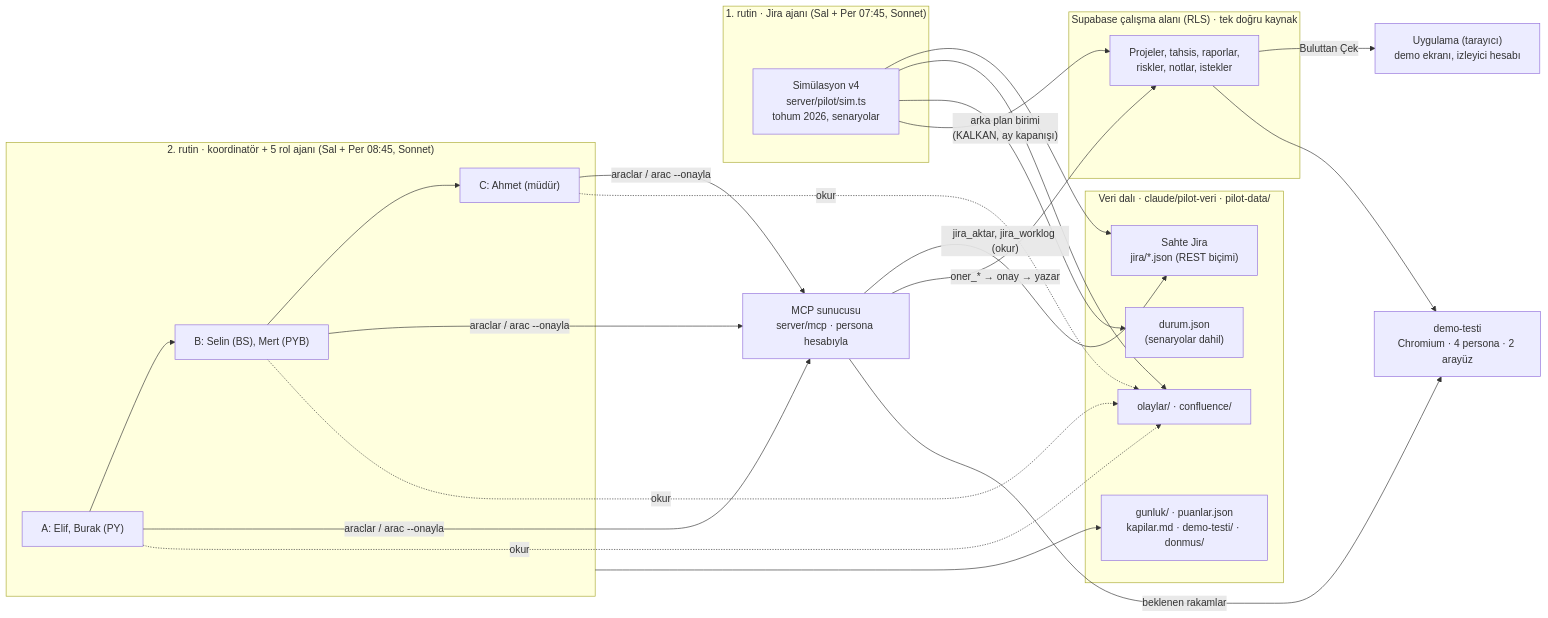
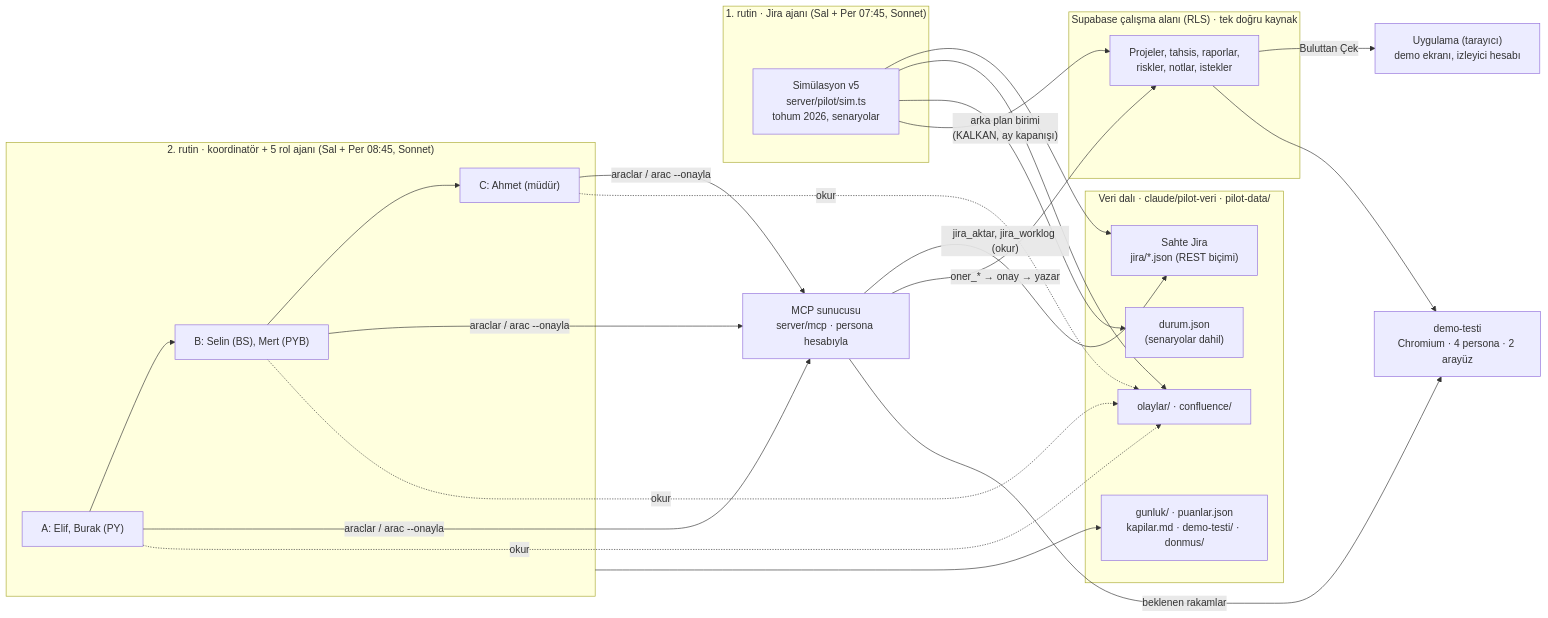
The first of 2 diagrams in docs/pilot/SISTEM_TASARIMI.md (kaannsckin/pmasistance_mks), drawn with Mermaid before and after one commit. The commit also changed other lines of this file and 8 other files, not shown here.

````diff
--- a/docs/pilot/SISTEM_TASARIMI.md
+++ b/docs/pilot/SISTEM_TASARIMI.md
@@ -9,32 +9,32 @@
 ```mermaid
 flowchart LR
     subgraph R1["1. rutin · Jira ajanı (Sal + Per 07:45, Sonnet)"]
-        SIM["Simülasyon v4<br/>server/pilot/sim.ts<br/>tohum 2026, senaryolar"]
+        SIM["Simülasyon v5<br/>server/pilot/sim.ts<br/>tohum 2026, senaryolar"]
     end
     subgraph DAL["Veri dalı · claude/pilot-veri · pilot-data/"]
         JIRA["Sahte Jira<br/>jira/*.json (REST biçimi)"]
         OLAY["olaylar/ · confluence/"]
         DURUM["durum.json<br/>(senaryolar dahil)"]
         CIKTI["gunluk/ · puanlar.json<br/>kapilar.md · demo-testi/ · donmus/"]
     end
     subgraph BULUT["Supabase çalışma alanı (RLS) · tek doğru kaynak"]
         WS["Projeler, tahsis, raporlar,<br/>riskler, notlar, istekler"]
     end
     subgraph R2["2. rutin · koordinatör + 5 rol ajanı (Sal + Per 08:45, Sonnet)"]
         A["A: Elif, Burak (PY)"] --> B["B: Selin (BS), Mert (PYB)"] --> C["C: Ahmet (müdür)"]
     end
     MCP["MCP sunucusu<br/>server/mcp · persona hesabıyla"]
     APP["Uygulama (tarayıcı)<br/>demo ekranı, izleyici hesabı"]
     TEST["demo-testi<br/>Chromium · 4 persona · 2 arayüz"]
 
     SIM --> JIRA & OLAY & DURUM
     SIM -- "arka plan birimi<br/>(KALKAN, ay kapanışı)" --> WS
     A & B & C -- "araclar / arac --onayla" --> MCP
     MCP -- "jira_aktar, jira_worklog (okur)" --> JIRA
     MCP -- "oner_* → onay → yazar" --> WS
     A & B & C -. okur .-> OLAY
     WS -- "Buluttan Çek" --> APP
     WS --> TEST
     MCP -- "beklenen rakamlar" --> TEST
     R2 --> CIKTI
 ```
````
